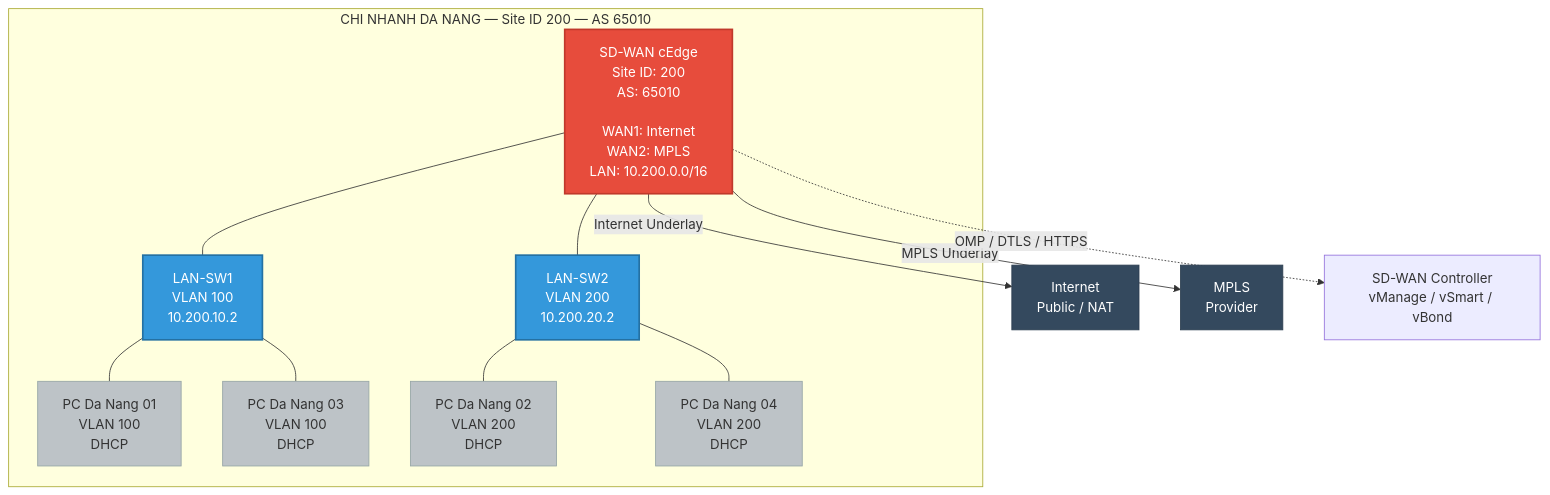
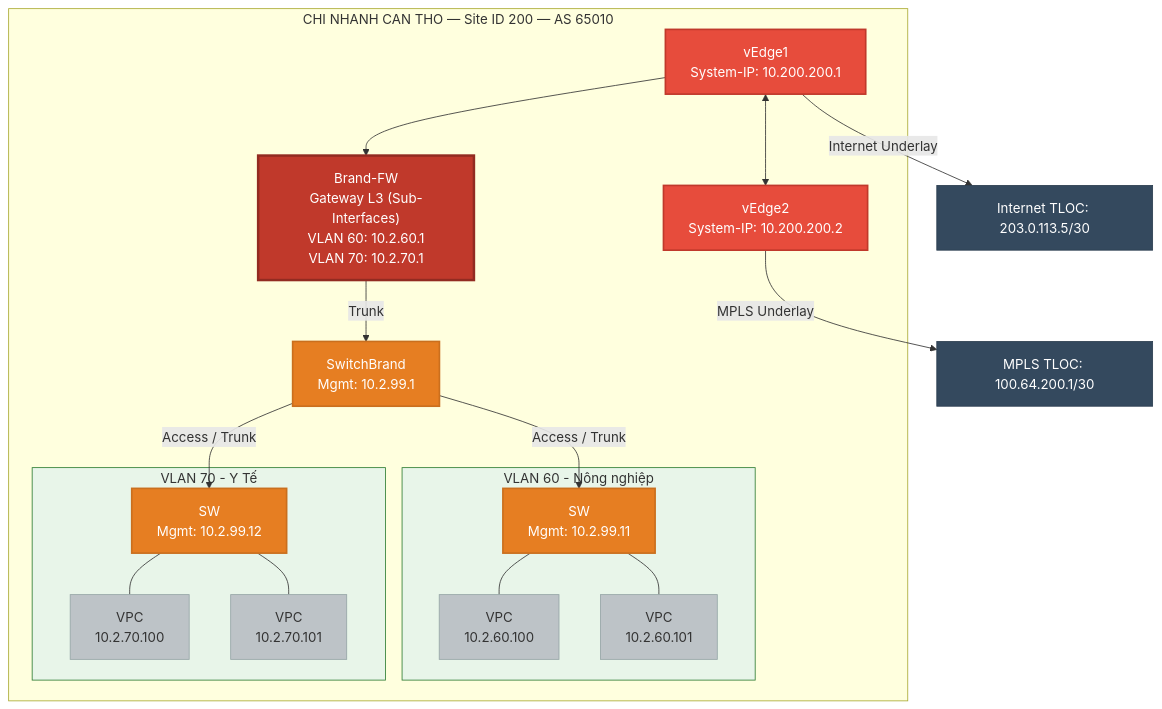
One commit to nhanhuutran007/Campus_Network_SDN_SD-WAN changed the fourth of 6 diagrams in campus_network_sdn_sdwan.md. Above: the diagram before and after it, drawn with Mermaid. The commit also changed other lines of this file and 5 other files, not shown here.

````diff
--- a/campus_network_sdn_sdwan.md
+++ b/campus_network_sdn_sdwan.md
@@ -593,35 +429,50 @@
 ```mermaid
 graph TB
-    subgraph DN_SITE["CHI NHANH DA NANG — Site ID 200 — AS 65010"]
-        CEDGE200["SD-WAN cEdge<br/>Site ID: 200<br/>AS: 65010<br/><br/>WAN1: Internet<br/>WAN2: MPLS<br/>LAN: 10.200.0.0/16"]
-        BR1SW1["LAN-SW1<br/>VLAN 100<br/>10.200.10.2"]
-        BR1SW2["LAN-SW2<br/>VLAN 200<br/>10.200.20.2"]
-        BR1PC1["PC Da Nang 01<br/>VLAN 100<br/>DHCP"]
-        BR1PC2["PC Da Nang 02<br/>VLAN 200<br/>DHCP"]
-        BR1PC3["PC Da Nang 03<br/>VLAN 100<br/>DHCP"]
-        BR1PC4["PC Da Nang 04<br/>VLAN 200<br/>DHCP"]
-        CEDGE200 --- BR1SW1
-        CEDGE200 --- BR1SW2
-        BR1SW1 --- BR1PC1
-        BR1SW1 --- BR1PC3
-        BR1SW2 --- BR1PC2
-        BR1SW2 --- BR1PC4
+    subgraph CT_SITE["CHI NHANH CAN THO — Site ID 200 — AS 65010"]
+        CEDGE200_1["vEdge1<br/>System-IP: 10.200.200.1"]
+        CEDGE200_2["vEdge2<br/>System-IP: 10.200.200.2"]
+
+        FW_CT["Brand-FW<br/>Gateway L3 (Sub-Interfaces)<br/>VLAN 60: 10.2.60.1<br/>VLAN 70: 10.2.70.1"]
+
+        SW_B_CT["SwitchBrand<br/>Mgmt: 10.2.99.1"]
+        
+        subgraph CT_VLAN60["VLAN 60 - Nông nghiệp"]
+            SW_A_CT["SW<br/>Mgmt: 10.2.99.11"]
+            VPC1["VPC<br/>10.2.60.100"]
+            VPC2["VPC<br/>10.2.60.101"]
+        end
+
+        subgraph CT_VLAN70["VLAN 70 - Y Tế"]
+            SW_B2_CT["SW<br/>Mgmt: 10.2.99.12"]
+            VPC3["VPC<br/>10.2.70.100"]
+            VPC4["VPC<br/>10.2.70.101"]
+        end
+
+        CEDGE200_1 <--> CEDGE200_2
+        CEDGE200_1 --> FW_CT
+        FW_CT -->|"Trunk"| SW_B_CT
+        SW_B_CT -->|"Access / Trunk"| SW_A_CT
+        SW_B_CT -->|"Access / Trunk"| SW_B2_CT
+        SW_A_CT --- VPC1
+        SW_A_CT --- VPC2
+        SW_B2_CT --- VPC3
+        SW_B2_CT --- VPC4
     end
 
-    %% To WAN
-    CEDGE200 -->|"Internet Underlay"| WAN_DN["Internet<br/>Public / NAT"]
-    CEDGE200 -->|"MPLS Underlay"| MPLS_DN["MPLS<br/>Provider"]
-
-    %% To SD-WAN Controller
-    CEDGE200 -.->|"OMP / DTLS / HTTPS"| SDWAN_CTRL["SD-WAN Controller<br/>vManage / vSmart / vBond"]
+    CEDGE200_1 -->|"Internet Underlay"| WAN_CT["Internet TLOC: 203.0.113.5/30"]
+    CEDGE200_2 -->|"MPLS Underlay"| MPLS_CT["MPLS TLOC: 100.64.200.1/30"]
 
     classDef edge fill:#E74C3C,stroke:#C0392B,color:#fff,stroke-width:2px
-    classDef sw fill:#3498DB,stroke:#2471A3,color:#fff,stroke-width:2px
+    classDef fw fill:#C0392B,stroke:#922B21,color:#fff,stroke-width:3px
+    classDef acc fill:#E67E22,stroke:#CA6F1E,color:#fff,stroke-width:2px
     classDef pc fill:#BDC3C7,stroke:#95A5A6,color:#333
     classDef wan fill:#34495E,stroke:#2C3E50,color:#fff
+    classDef vlangroup fill:#e8f5e9,stroke:#2e7d32,color:#333
 
-    class CEDGE200 edge
-    class BR1SW1,BR1SW2 sw
-    class BR1PC1,BR1PC2,BR1PC3,BR1PC4 pc
-    class WAN_DN,MPLS_DN wan
+    class CEDGE200_1,CEDGE200_2 edge
+    class FW_CT fw
+    class SW_B_CT,SW_A_CT,SW_B2_CT acc
+    class VPC1,VPC2,VPC3,VPC4 pc
+    class WAN_CT,MPLS_CT wan
+    class CT_VLAN60,CT_VLAN70 vlangroup
 ```
````
